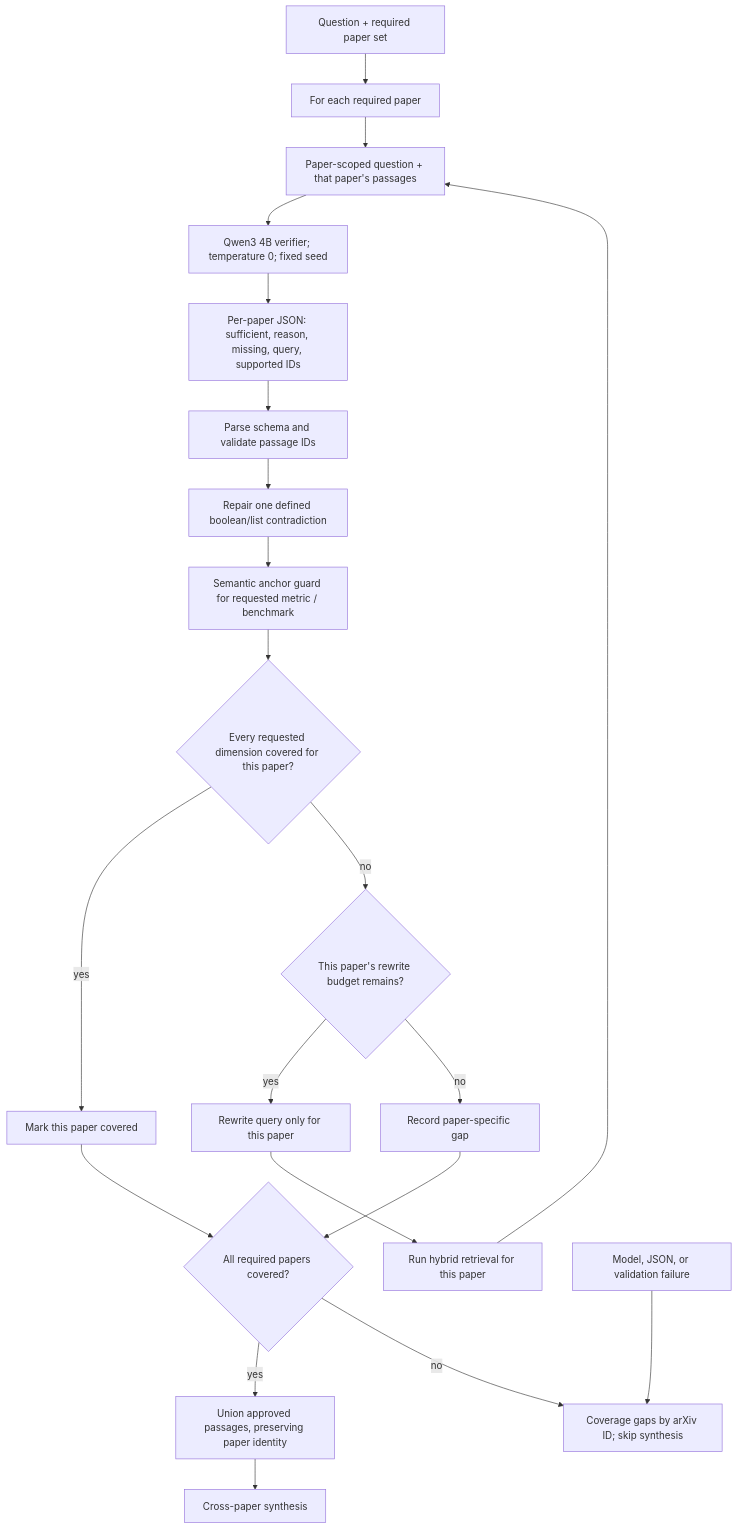
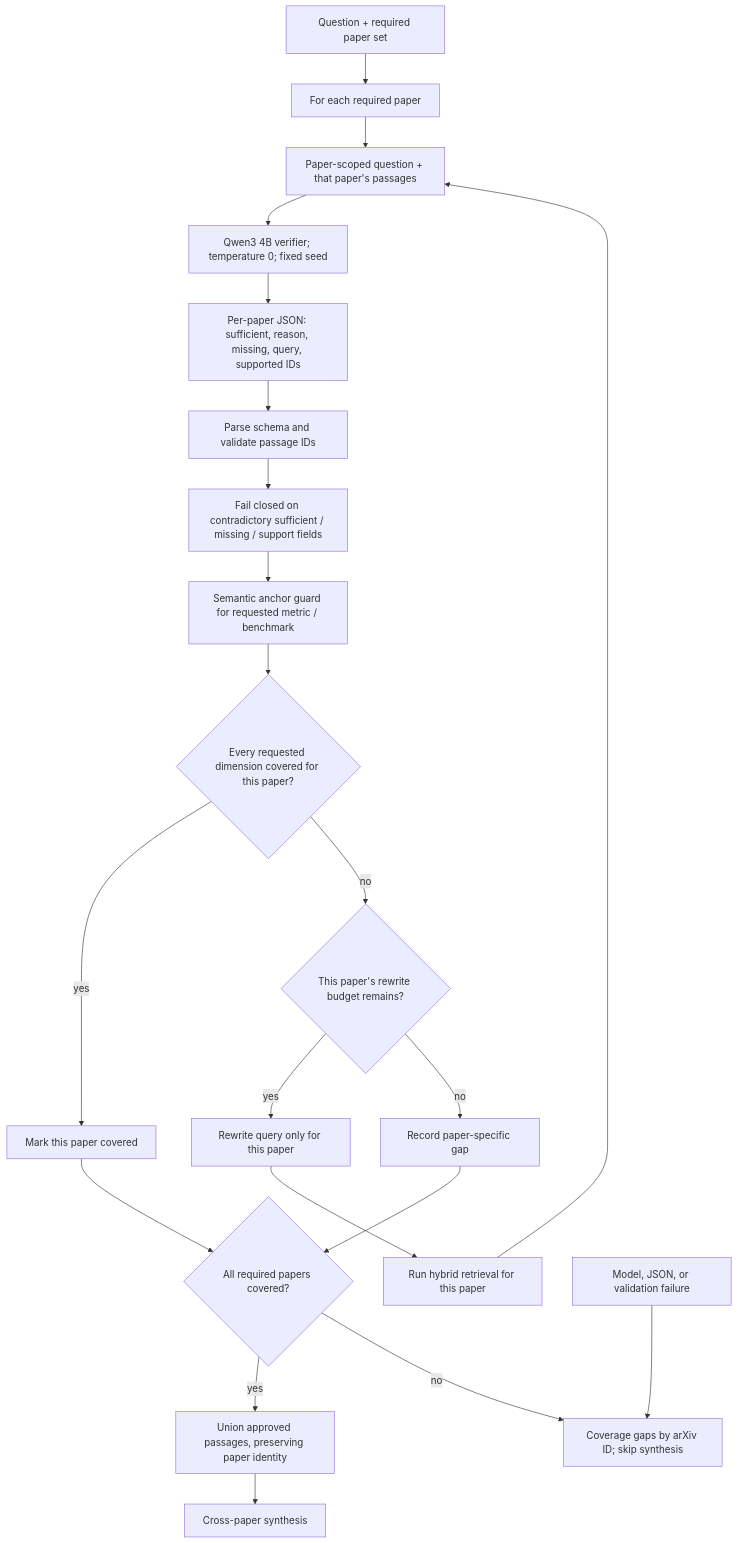
Before and after one commit to TQC0103/scientific-research-agent: the seventh of 11 diagrams in docs/SYSTEM_VISUALIZATION.md, drawn with Mermaid. The commit also changed other lines of this file and 11 other files, not shown here.

Commit message:
Fail closed on incomplete evidence verification

````diff
--- a/docs/SYSTEM_VISUALIZATION.md
+++ b/docs/SYSTEM_VISUALIZATION.md
@@ -173,26 +174,26 @@
 ```mermaid
 flowchart TD
     INPUT["Question + required paper set"] --> LOOP["For each required paper"]
     LOOP --> SCOPE["Paper-scoped question + that paper's passages"]
     SCOPE --> QWEN["Qwen3 4B verifier; temperature 0; fixed seed"]
     QWEN --> JSON["Per-paper JSON: sufficient, reason, missing, query, supported IDs"]
     JSON --> VALIDATE["Parse schema and validate passage IDs"]
-    VALIDATE --> CONSISTENCY["Repair one defined boolean/list contradiction"]
+    VALIDATE --> CONSISTENCY["Fail closed on contradictory sufficient / missing / support fields"]
     CONSISTENCY --> ANCHOR["Semantic anchor guard for requested metric / benchmark"]
     ANCHOR --> DIMENSIONS{"Every requested dimension covered for this paper?"}
 
     DIMENSIONS -->|"yes"| PAPER_OK["Mark this paper covered"]
     DIMENSIONS -->|"no"| RETRIES{"This paper's rewrite budget remains?"}
     RETRIES -->|"yes"| REWRITE["Rewrite query only for this paper"]
     REWRITE --> RETRIEVAL["Run hybrid retrieval for this paper"]
     RETRIEVAL --> SCOPE
     RETRIES -->|"no"| PAPER_GAP["Record paper-specific gap"]
 
     PAPER_OK --> AGGREGATE{"All required papers covered?"}
     PAPER_GAP --> AGGREGATE
     AGGREGATE -->|"yes"| FILTER["Union approved passages, preserving paper identity"]
     FILTER --> SYNTHESIS["Cross-paper synthesis"]
     AGGREGATE -->|"no"| STOP["Coverage gaps by arXiv ID; skip synthesis"]
 
     ERROR["Model, JSON, or validation failure"] --> STOP
 ```
````
